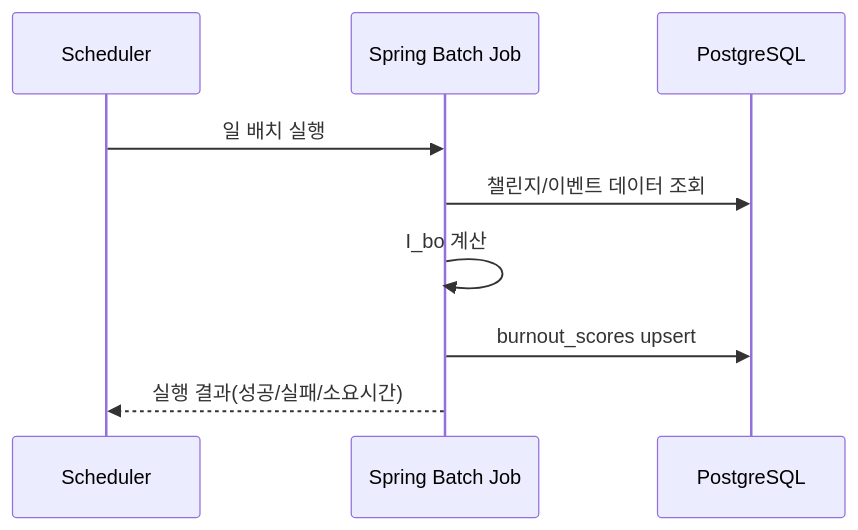
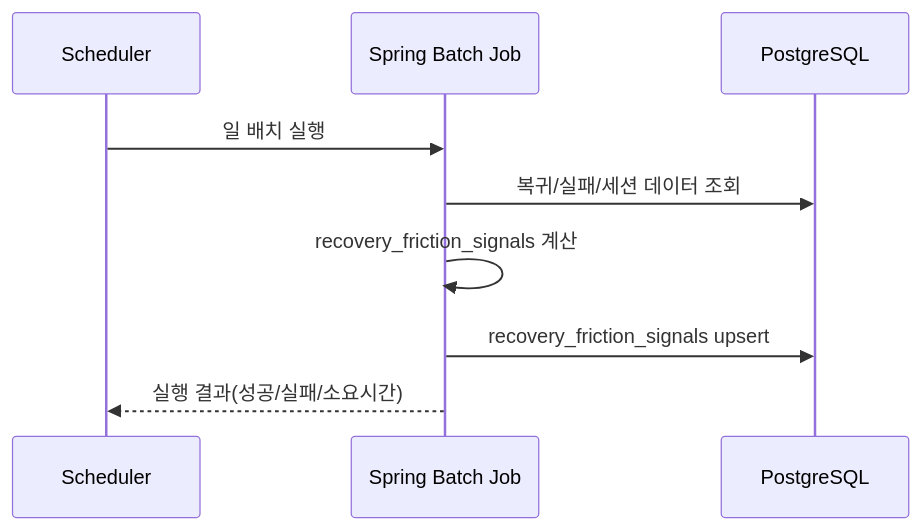
The fifth of 6 diagrams in docs/spec/KEY_FLOWS.md (Scriptorium-Bright/focus-keeper-backend), drawn with Mermaid before and after one commit. The commit also changed other lines of this file and 63 other files, not shown here.

````diff
--- a/docs/spec/KEY_FLOWS.md
+++ b/docs/spec/KEY_FLOWS.md
@@ -86,12 +387,12 @@
 ```mermaid
 sequenceDiagram
   participant SCH as Scheduler
   participant B as Spring Batch Job
   participant DB as PostgreSQL
 
   SCH->>B: 일 배치 실행
-  B->>DB: 챌린지/이벤트 데이터 조회
-  B->>B: I_bo 계산
-  B->>DB: burnout_scores upsert
+  B->>DB: 복귀/실패/세션 데이터 조회
+  B->>B: recovery_friction_signals 계산
+  B->>DB: recovery_friction_signals upsert
   B-->>SCH: 실행 결과(성공/실패/소요시간)
 ```
````
